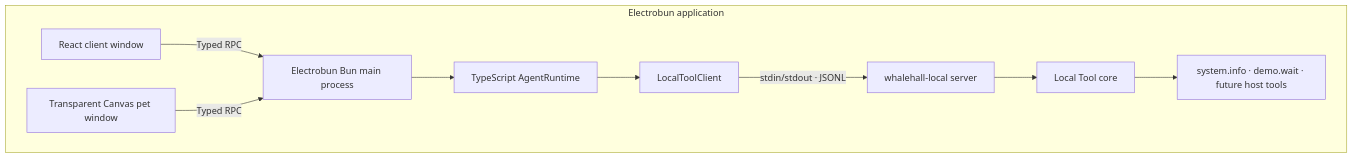
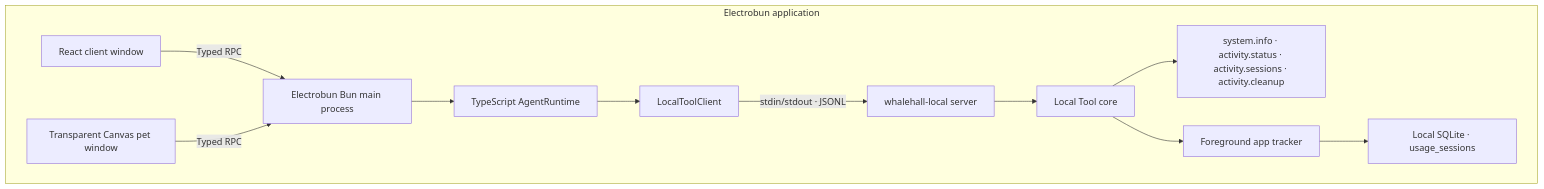
The diagram in README.md (Sea-Go/Sea-WhaleHall), drawn with Mermaid before and after one commit. The commit also changed other lines of this file and 2 other files, not shown here.

Commit message:
ci(activity): validate sensor across platforms

````diff
--- a/README.md
+++ b/README.md
@@ -11,12 +11,14 @@
 ```mermaid
 flowchart TB
   subgraph App["Electrobun application"]
     Client["React client window"] -->|"Typed RPC"| Bun["Electrobun Bun main process"]
     Pet["Transparent Canvas pet window"] -->|"Typed RPC"| Bun
     Bun --> Agent["TypeScript AgentRuntime"]
     Agent --> LocalClient["LocalToolClient"]
     LocalClient -->|"stdin/stdout · JSONL"| Server["whalehall-local server"]
     Server --> Core["Local Tool core"]
-    Core --> Tools["system.info · demo.wait · future host tools"]
+    Core --> Tools["system.info · activity.status · activity.sessions · activity.cleanup"]
+    Core --> Tracker["Foreground app tracker"]
+    Tracker --> SQLite["Local SQLite · usage_sessions"]
   end
 ```
````
